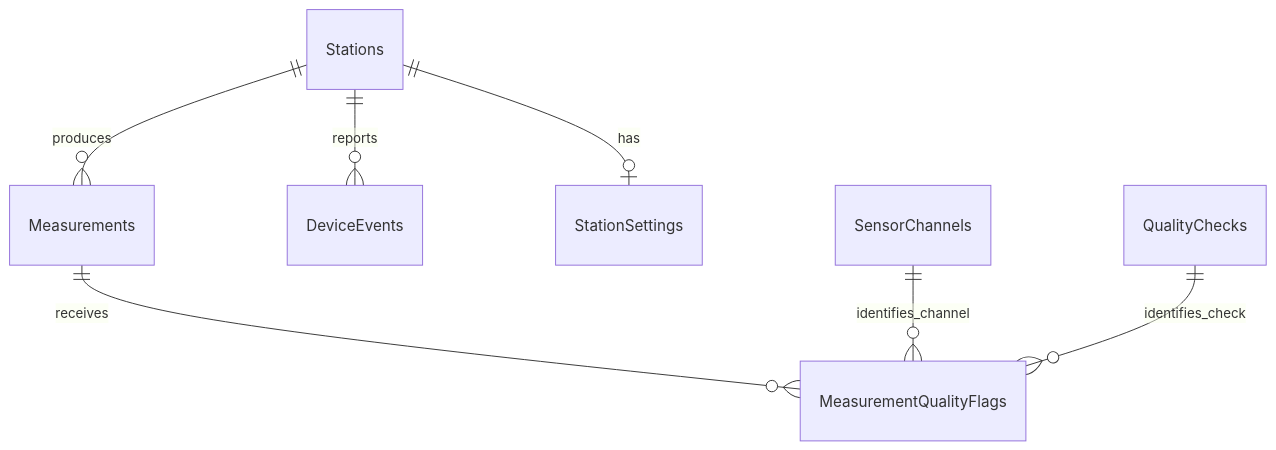
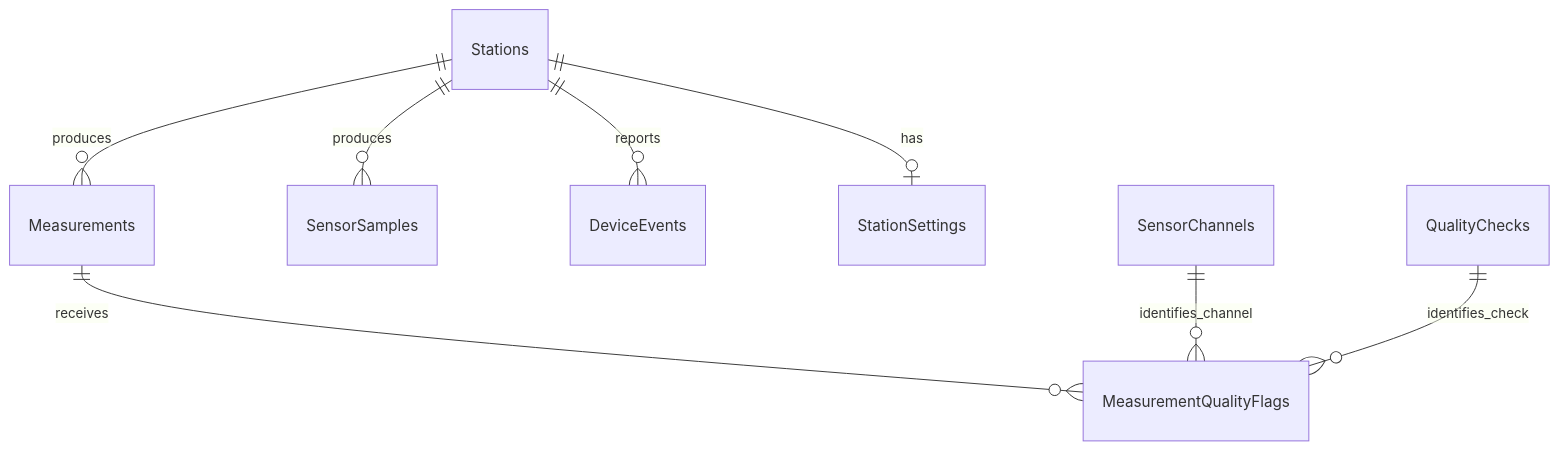
One commit to Radovan30/MeteoStanice changed the second of 3 diagrams in docs/ARCHITEKTURA_A_POPIS_SYSTEMU.md. Above: the diagram before and after it, drawn with Mermaid. The commit also changed other lines of this file and 98 other files, not shown here.

````diff
--- a/docs/ARCHITEKTURA_A_POPIS_SYSTEMU.md
+++ b/docs/ARCHITEKTURA_A_POPIS_SYSTEMU.md
@@ -570,9 +647,10 @@
 ```mermaid
 erDiagram
     Stations ||--o{ Measurements : produces
+    Stations ||--o{ SensorSamples : produces
     Stations ||--o{ DeviceEvents : reports
     Stations ||--o| StationSettings : has
     Measurements ||--o{ MeasurementQualityFlags : receives
     SensorChannels ||--o{ MeasurementQualityFlags : identifies_channel
     QualityChecks ||--o{ MeasurementQualityFlags : identifies_check
 ```
````
